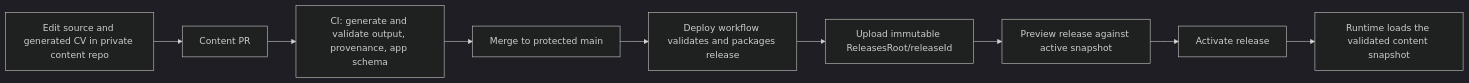
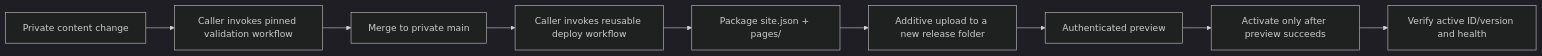
One commit to fredrik-hellmangroup/cv-online-presenter changed the diagram in docs/repositories.md. Above: the diagram before and after it, drawn with Mermaid (dark theme). The commit also changed other lines of this file and 51 other files, not shown here.

First line of the commit message:
feat: share source-driven content tooling

````diff
--- a/docs/repositories.md
+++ b/docs/repositories.md
@@ -71,11 +83,11 @@
 ```mermaid
 flowchart LR
-    E["Edit source and generated CV in private content repo"] --> P["Content PR"]
-    P --> C["CI: generate and validate output, provenance, app schema"]
-    C --> M["Merge to protected main"]
-    M --> D["Deploy workflow validates and packages release"]
-    D --> U["Upload immutable ReleasesRoot/releaseId"]
-    U --> V["Preview release against active snapshot"]
-    V --> A["Activate release"]
-    A --> S["Runtime loads the validated content snapshot"]
+    P["Private content change"] --> V["Caller invokes pinned validation workflow"]
+    V --> M["Merge to private main"]
+    M --> D["Caller invokes reusable deploy workflow"]
+    D --> C["Package site.json + pages/"]
+    C --> U["Additive upload to a new release folder"]
+    U --> R["Authenticated preview"]
+    R --> A["Activate only after preview succeeds"]
+    A --> H["Verify active ID/version and health"]
 ```
````
